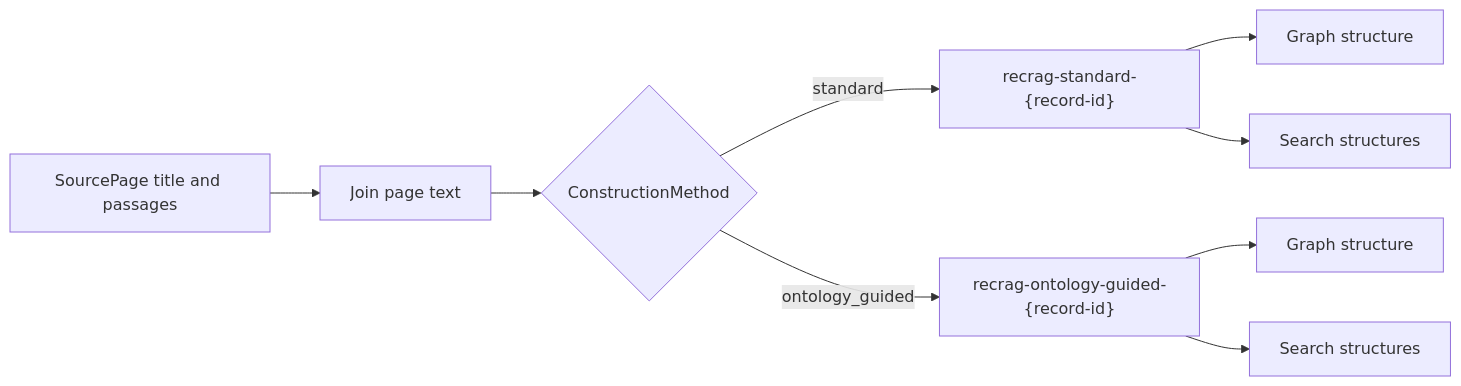
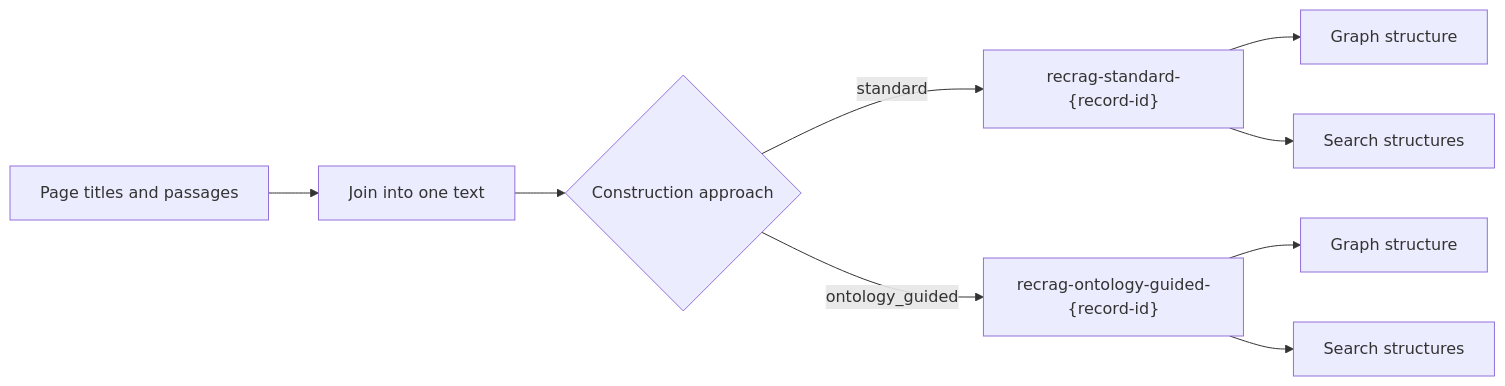
One commit to udit19199/RecRAG changed the first of 4 diagrams in docs/graphrag/construction.md. Above: the diagram before and after it, drawn with Mermaid. The commit also changed other lines of this file and 14 other files, not shown here.

````diff
--- a/docs/graphrag/construction.md
+++ b/docs/graphrag/construction.md
@@ -18,11 +15,11 @@
 ```mermaid
 flowchart LR
-    A[SourcePage title and passages] --> B[Join page text]
-    B --> C{ConstructionMethod}
+    A[Page titles and passages] --> B[Join into one text]
+    B --> C{Construction approach}
     C -->|standard| D["recrag-standard-{record-id}"]
     C -->|ontology_guided| E["recrag-ontology-guided-{record-id}"]
     D --> F[Graph structure]
     D --> G[Search structures]
     E --> H[Graph structure]
     E --> I[Search structures]
 ```
````
